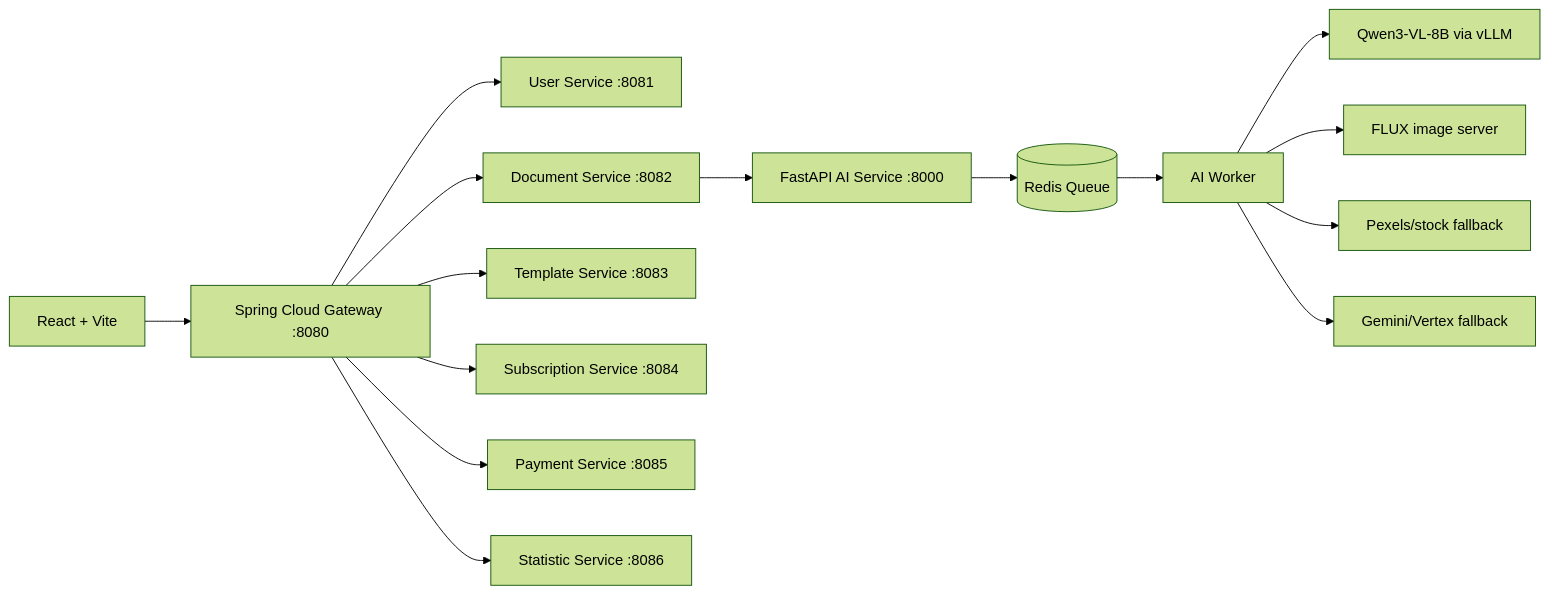
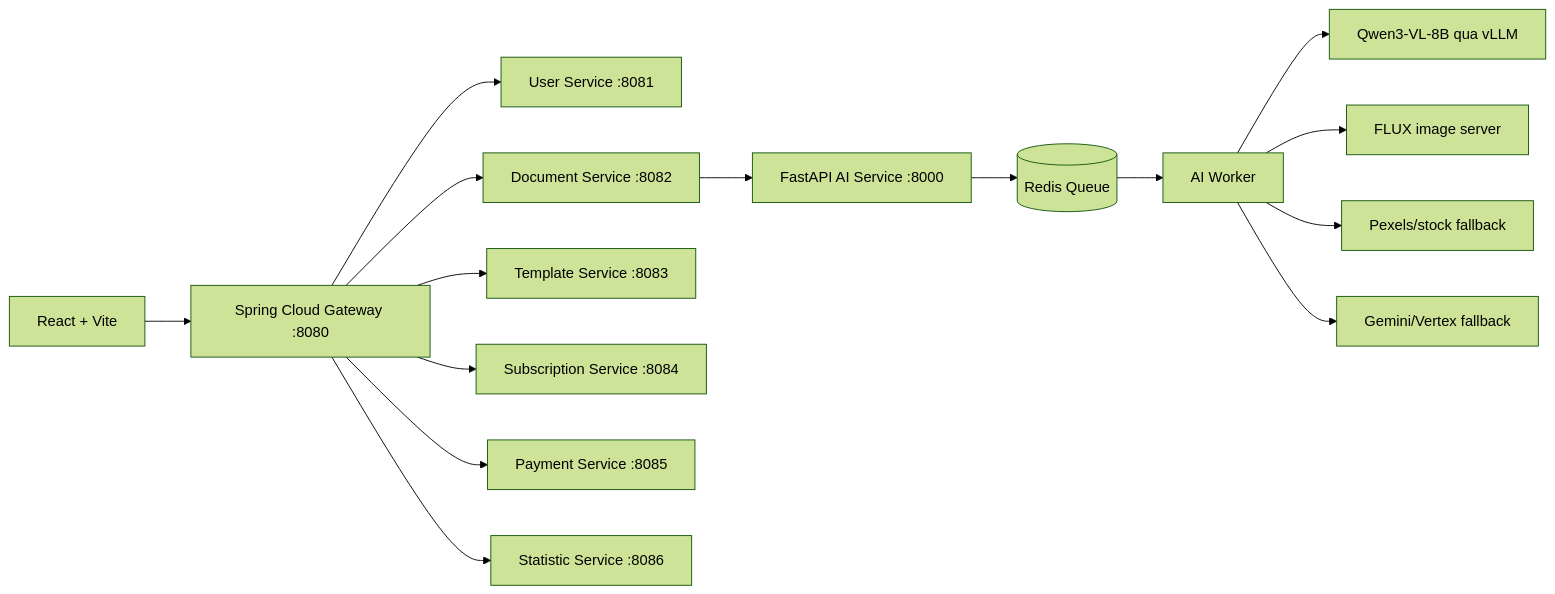
The diagram in README.md (ChuNgocThang2704/AI-Slide-Generator), drawn with Mermaid (forest theme) before and after one commit. The commit also changed other lines of this file and 4 other files, not shown here.

````diff
--- a/README.md
+++ b/README.md
@@ -7,17 +7,17 @@
 ```mermaid
 flowchart LR
     FE[React + Vite] --> GW[Spring Cloud Gateway :8080]
     GW --> USER[User Service :8081]
     GW --> DOC[Document Service :8082]
     GW --> TEMPLATE[Template Service :8083]
     GW --> SUB[Subscription Service :8084]
     GW --> PAY[Payment Service :8085]
     GW --> STAT[Statistic Service :8086]
     DOC --> AI[FastAPI AI Service :8000]
     AI --> REDIS[(Redis Queue)]
     REDIS --> WORKER[AI Worker]
-    WORKER --> VLLM[Qwen3-VL-8B via vLLM]
+    WORKER --> VLLM[Qwen3-VL-8B qua vLLM]
     WORKER --> FLUX[FLUX image server]
     WORKER --> STOCK[Pexels/stock fallback]
     WORKER --> GEMINI[Gemini/Vertex fallback]
 ```
````
